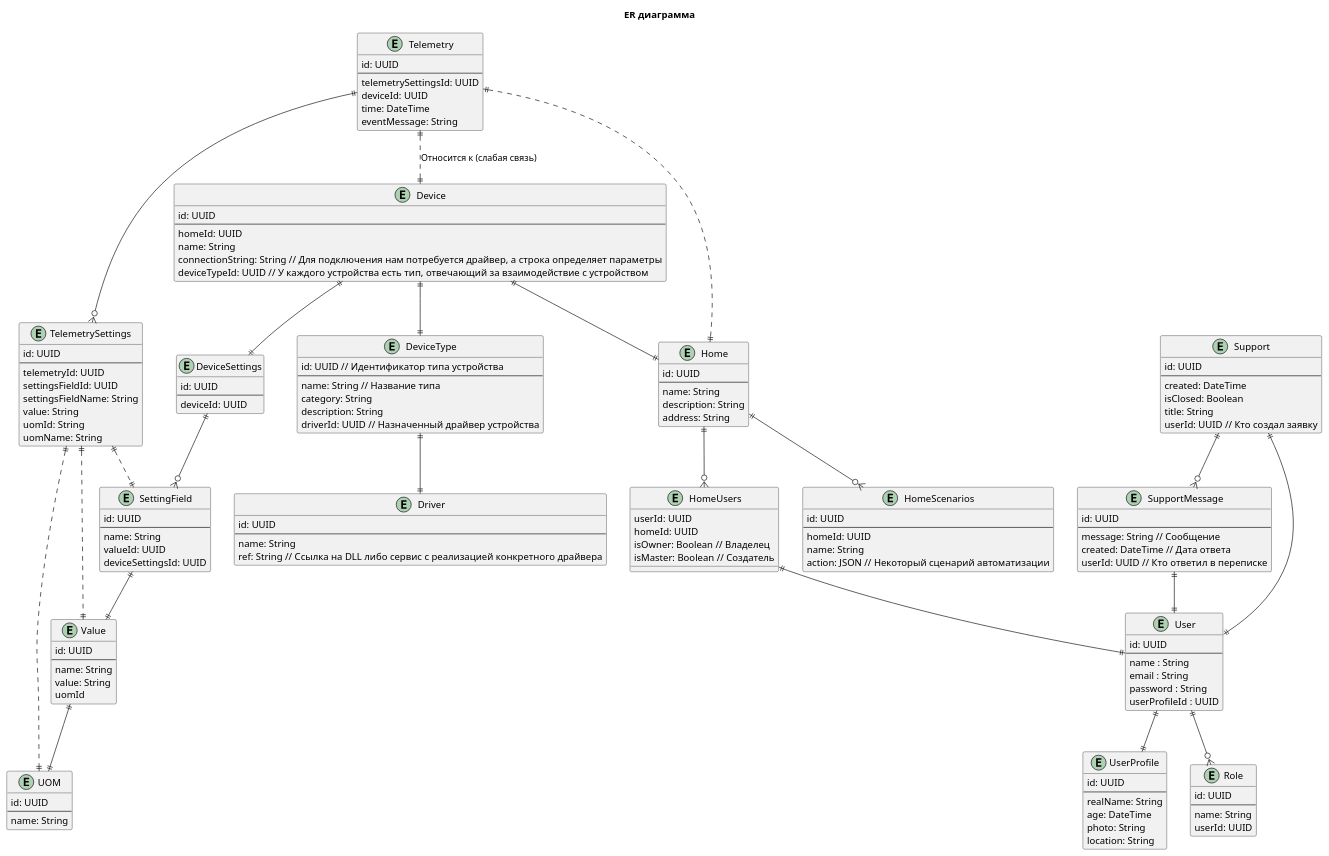
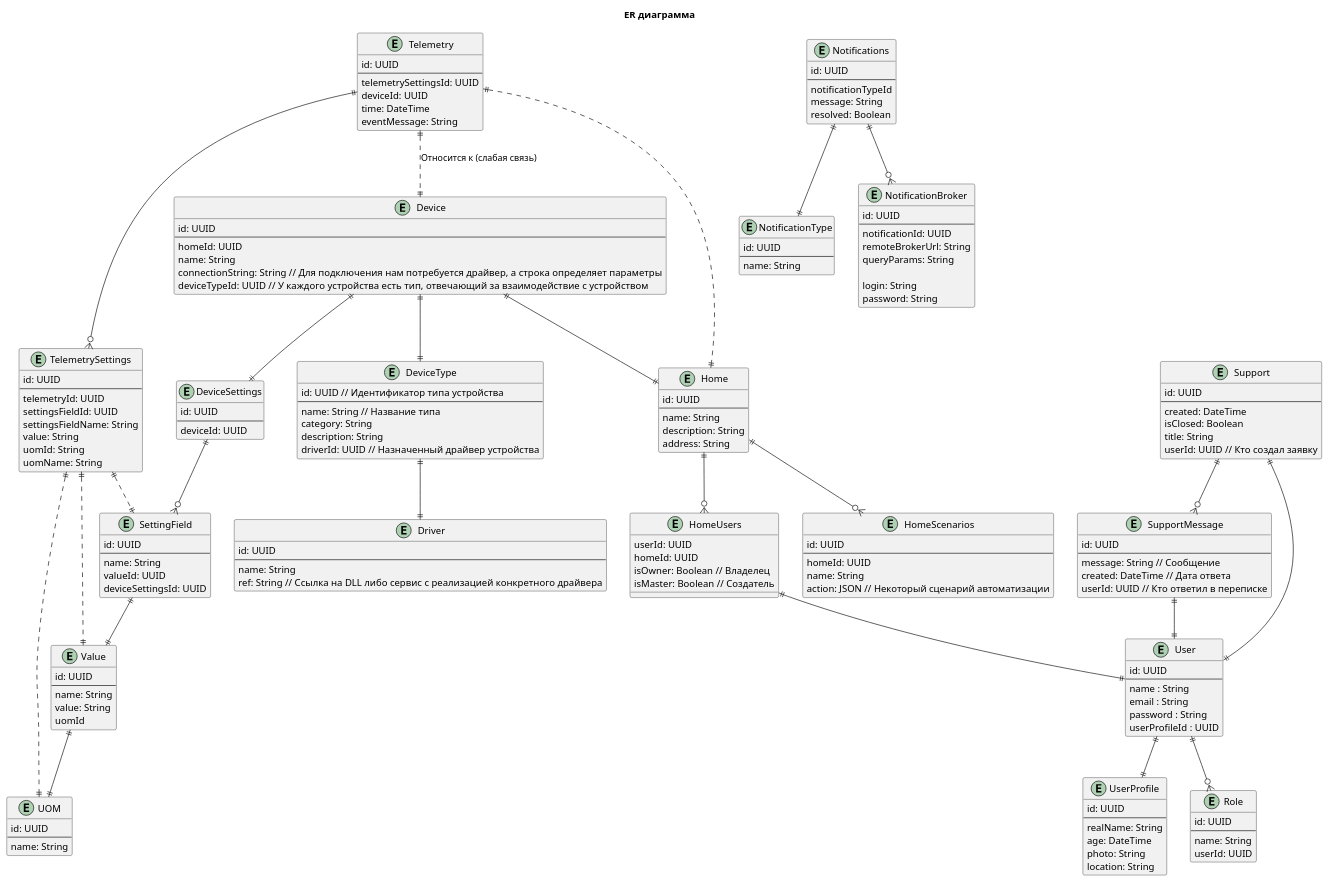
One commit to AKolmakovV/architecture-sprint-3 changed the diagram in documents/task_3/er_digram.puml. Above: the diagram before and after it, drawn with PlantUML.

Commit message:
Задание №3 ER Диаграмма - добавил уведомления

```diff
--- a/documents/task_3/er_digram.puml
+++ b/documents/task_3/er_digram.puml
@@ -133,6 +133,7 @@
     eventMessage: String
 }
 
+' Параметры устройства, в заданный telemetryId момент времени
 entity TelemetrySettings {
     id: UUID
     --
@@ -144,6 +145,32 @@
     uomName: String
 }
 
+entity Notifications {
+    id: UUID
+    --
+    notificationTypeId 
+    message: String
+    resolved: Boolean
+}
+
+' Типы уведомлений 
+entity NotificationType {
+    id: UUID
+    --
+    name: String
+}
+
+' Не усложняю, выполняем доставку всеми доступными способами
+entity NotificationBroker {
+    id: UUID
+    --
+    notificationId: UUID
+    remoteBrokerUrl: String
+    queryParams: String
+
+    login: String
+    password: String
+}
 
 DeviceType ||--|| Driver
 DeviceSettings ||--o{ SettingField
@@ -160,6 +187,8 @@
 Support ||--|| User 
 Support ||--o{ SupportMessage
 SupportMessage ||--|| User
+Notifications ||--|| NotificationType
+Notifications ||--o{ NotificationBroker
 
 ' Устанавливаю слабую связь что бы показать, 
 ' что это исторические данные - когда то они были связаны, 
```
